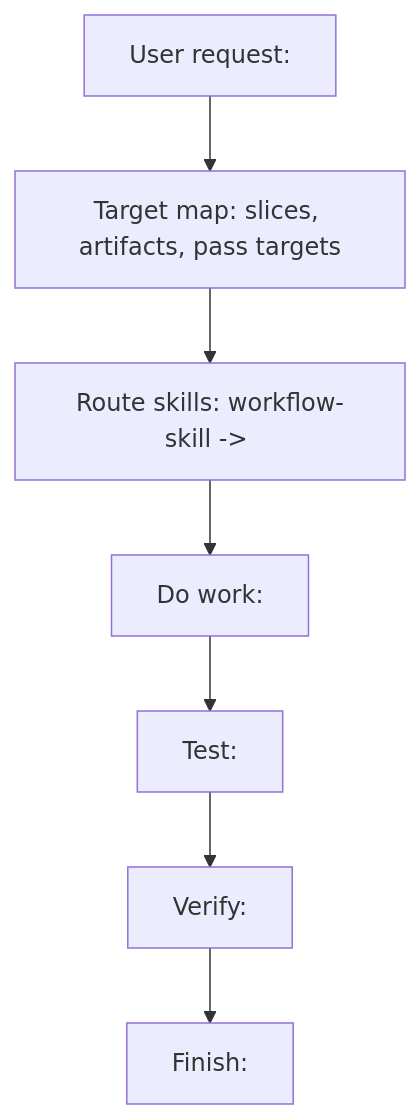
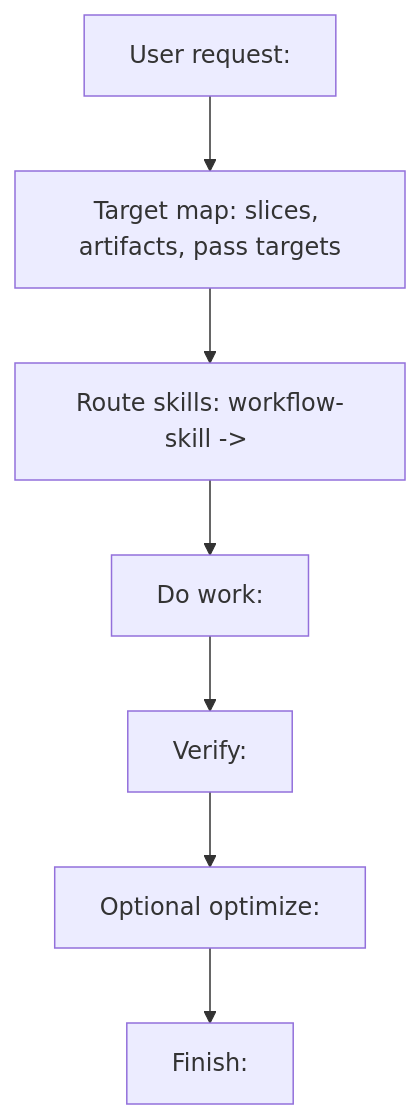
One commit to qinbatista/qin-codex-skills changed the second of 4 diagrams in workflow-skill/references/start-diagram-template.md. Above: the diagram before and after it, drawn with Mermaid. The commit also changed other lines of this file and 23 other files, not shown here.

````diff
--- a/workflow-skill/references/start-diagram-template.md
+++ b/workflow-skill/references/start-diagram-template.md
@@ -21,9 +21,9 @@
 ```mermaid
 flowchart TD
   A["User request: <short request>"] --> B["Target map: slices, artifacts, pass targets"]
   B --> C["Route skills: workflow-skill -> <executor skills>"]
   C --> D["Do work: <actual files/artifacts/actions>"]
-  D --> E["Test: <real command/input/output>"]
-  E --> F["Verify: <pass criteria>"]
+  D --> E["Verify: <real command/input/output + pass criteria>"]
+  E --> F["Optional optimize: <only if gate passes>"]
   F --> G["Finish: <final answer/report/push>"]
 ```
````
